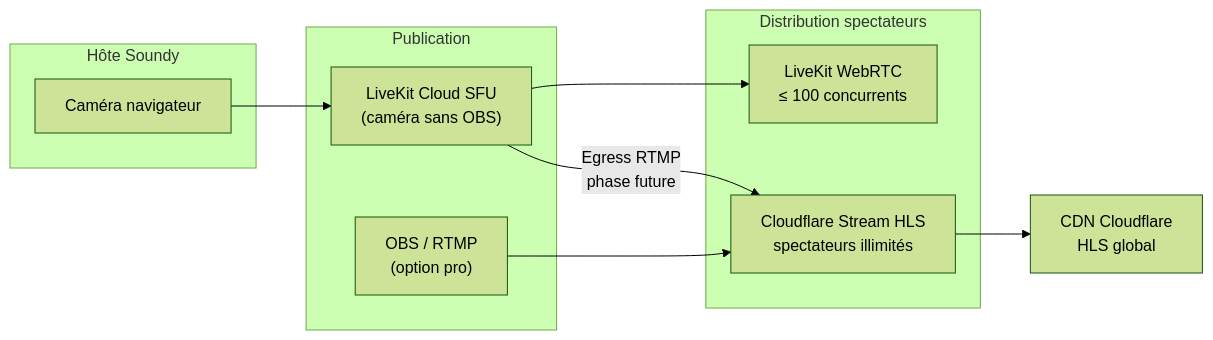
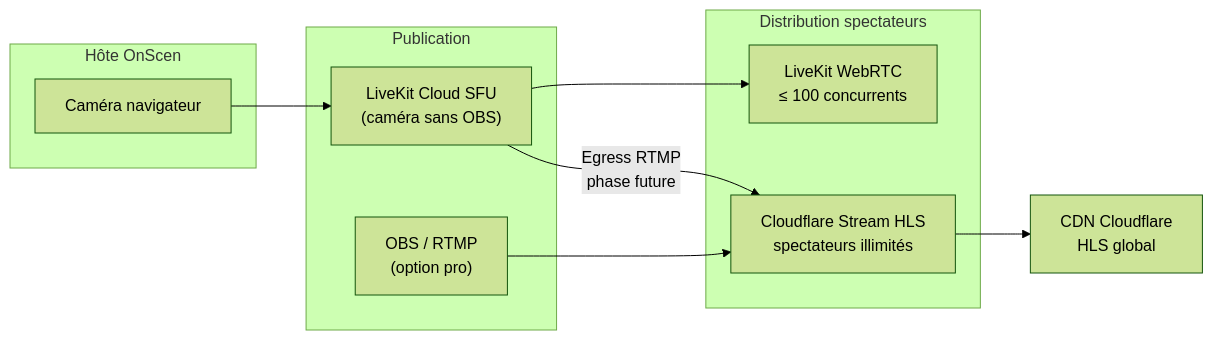
The second of 2 diagrams in commun/docs/COUT-APPLICATION.md (valentingoulven-creator/OnScen), drawn with Mermaid (forest theme) before and after one commit. The commit also changed other lines of this file and 338 other files, not shown here.

First line of the commit message:
feat: rebranding Soundy/MeloSong -> OnScen (code, UI, docs vivants)

````diff
--- a/commun/docs/COUT-APPLICATION.md
+++ b/commun/docs/COUT-APPLICATION.md
@@ -236,22 +236,22 @@
 ```mermaid
 flowchart LR
-  subgraph Host["Hôte Soundy"]
+  subgraph Host["Hôte OnScen"]
     Browser["Caméra navigateur"]
   end
 
   subgraph Publish["Publication"]
     LK["LiveKit Cloud SFU<br/>(caméra sans OBS)"]
     OBS["OBS / RTMP<br/>(option pro)"]
   end
 
   subgraph Distribute["Distribution spectateurs"]
     LKView["LiveKit WebRTC<br/>≤ 100 concurrents"]
     CF["Cloudflare Stream HLS<br/>spectateurs illimités"]
   end
 
   Browser --> LK
   OBS --> CF
   LK -->|Egress RTMP<br/>phase future| CF
   LK --> LKView
   CF --> CDN["CDN Cloudflare<br/>HLS global"]
 ```
````
